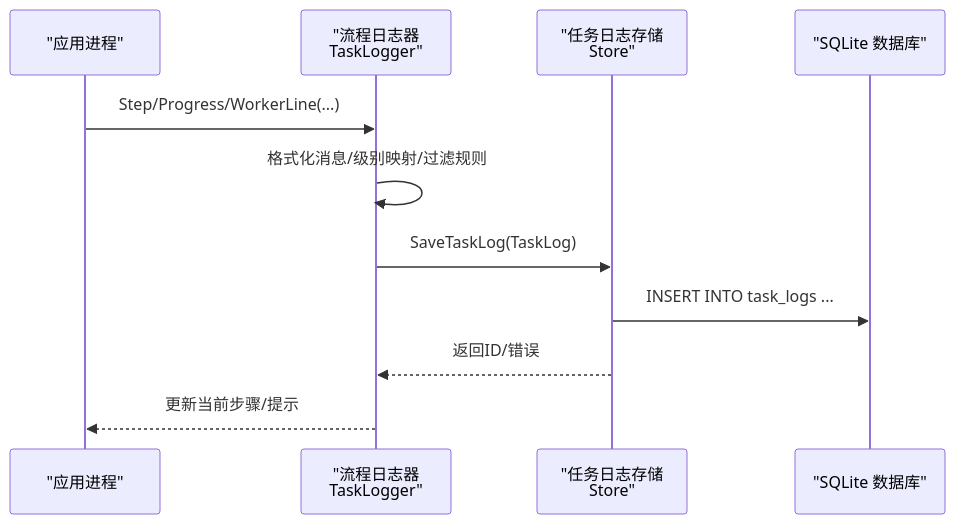
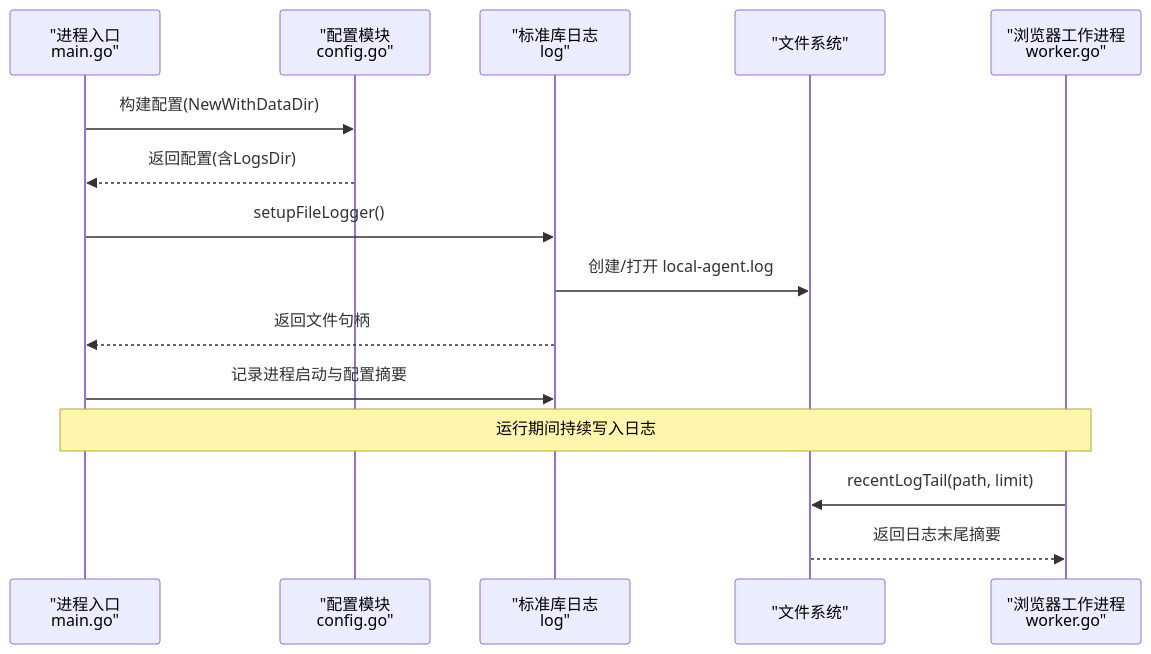
The second of 4 diagrams in .qoder/repowiki/zh/content/本地执行器/核心架构/日志系统.md (alvinwangzi/goodhr), drawn with Mermaid before and after one commit. The commit also changed other lines of this file and 149 other files, not shown here.

````diff
--- a/.qoder/repowiki/zh/content/本地执行器/核心架构/日志系统.md
+++ b/.qoder/repowiki/zh/content/本地执行器/核心架构/日志系统.md
@@ -69,13 +85,17 @@
 ```mermaid
 sequenceDiagram
-participant App as "应用进程"
-participant Logger as "流程日志器<br/>TaskLogger"
-participant Store as "任务日志存储<br/>Store"
-participant DB as "SQLite 数据库"
-App->>Logger : Step/Progress/WorkerLine(...)
-Logger->>Logger : 格式化消息/级别映射/过滤规则
-Logger->>Store : SaveTaskLog(TaskLog)
-Store->>DB : INSERT INTO task_logs ...
-Store-->>Logger : 返回ID/错误
-Logger-->>App : 更新当前步骤/提示
+participant Main as "进程入口<br/>main.go"
+participant Cfg as "配置模块<br/>config.go"
+participant Log as "标准库日志<br/>log"
+participant FS as "文件系统"
+participant Browser as "浏览器工作进程<br/>worker.go"
+Main->>Cfg : 构建配置(NewWithDataDir)
+Cfg-->>Main : 返回配置(含LogsDir)
+Main->>Log : setupFileLogger()
+Log->>FS : 创建/打开 local-agent.log
+Log-->>Main : 返回文件句柄
+Main->>Log : 记录进程启动与配置摘要
+Note over Main,Browser : 运行期间持续写入日志
+Browser->>FS : recentLogTail(path, limit)
+FS-->>Browser : 返回日志末尾摘要
 ```
````
